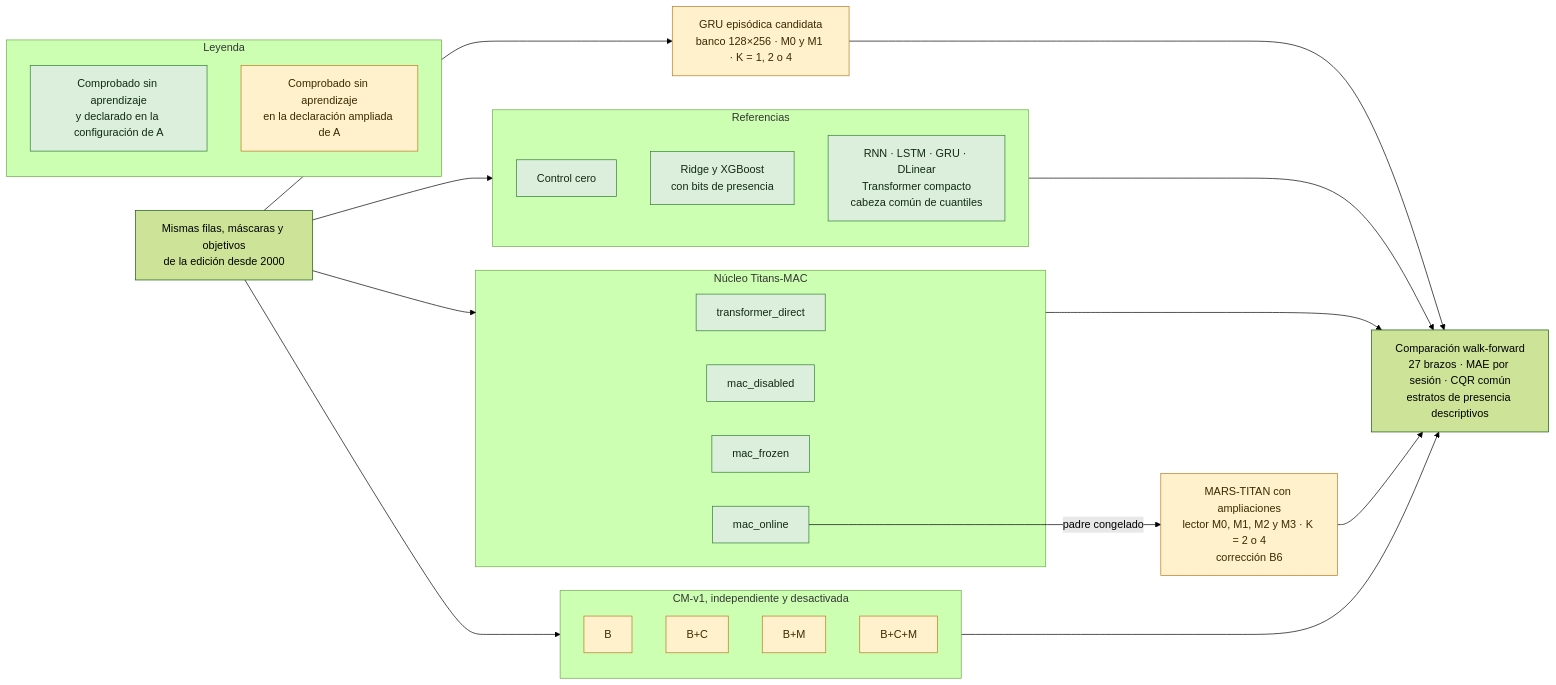
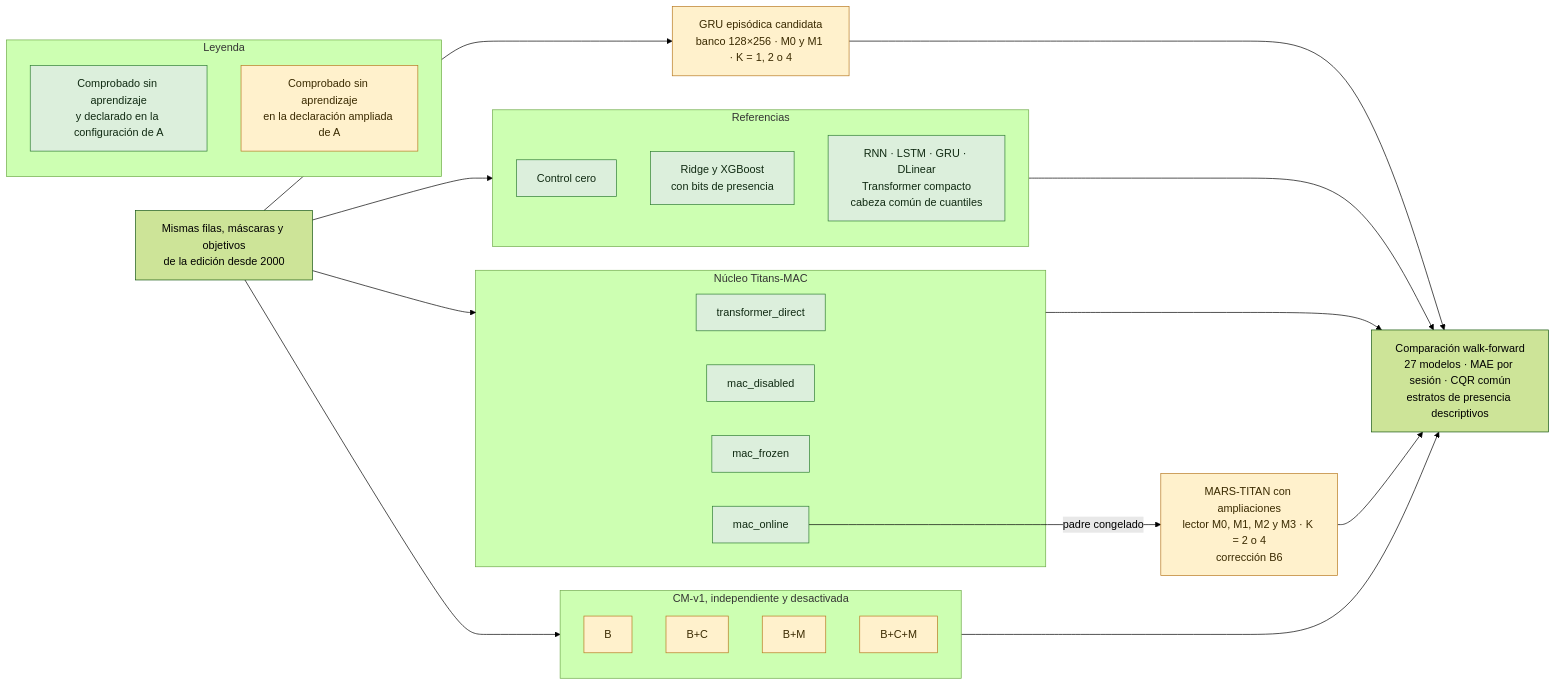
The second of 3 diagrams in README.md (GonxKZ/mars-titan), drawn with Mermaid (forest theme) before and after one commit. The commit also changed other lines of this file and 232 other files, not shown here.

````diff
--- a/README.md
+++ b/README.md
@@ -83,49 +83,49 @@
 ```mermaid
 flowchart LR
     D["Mismas filas, máscaras y objetivos<br/>de la edición desde 2000"]
 
     subgraph REF["Referencias"]
         Z["Control cero"]:::comprobado
         TAB["Ridge y XGBoost<br/>con bits de presencia"]:::comprobado
         NEU["RNN · LSTM · GRU · DLinear<br/>Transformer compacto<br/>cabeza común de cuantiles"]:::comprobado
     end
 
     G["GRU episódica candidata<br/>banco 128×256 · M0 y M1 · K = 1, 2 o 4"]:::parcial
 
     subgraph TIT["Núcleo Titans-MAC"]
         T1["transformer_direct"]:::comprobado
         T2["mac_disabled"]:::comprobado
         T3["mac_frozen"]:::comprobado
         T4["mac_online"]:::comprobado
     end
 
     M["MARS-TITAN con ampliaciones<br/>lector M0, M1, M2 y M3 · K = 2 o 4<br/>corrección B6"]:::parcial
 
     subgraph CM["CM-v1, independiente y desactivada"]
         C1["B"]:::parcial
         C2["B+C"]:::parcial
         C3["B+M"]:::parcial
         C4["B+C+M"]:::parcial
     end
 
-    EV["Comparación walk-forward<br/>27 brazos · MAE por sesión · CQR común<br/>estratos de presencia descriptivos"]
+    EV["Comparación walk-forward<br/>27 modelos · MAE por sesión · CQR común<br/>estratos de presencia descriptivos"]
 
     D --> REF
     D --> G
     D --> TIT
     D --> CM
     T4 -- padre congelado --> M
     REF --> EV
     G --> EV
     TIT --> EV
     M --> EV
     CM --> EV
 
     subgraph LEY["Leyenda"]
         L1["Comprobado sin aprendizaje<br/>y declarado en la configuración de A"]:::comprobado
         L2["Comprobado sin aprendizaje<br/>en la declaración ampliada de A"]:::parcial
     end
 
     classDef comprobado fill:#dcefdc,stroke:#2e7d32,color:#102a12
     classDef parcial fill:#fff1cc,stroke:#b7791f,color:#3a2a00
 ```
````
